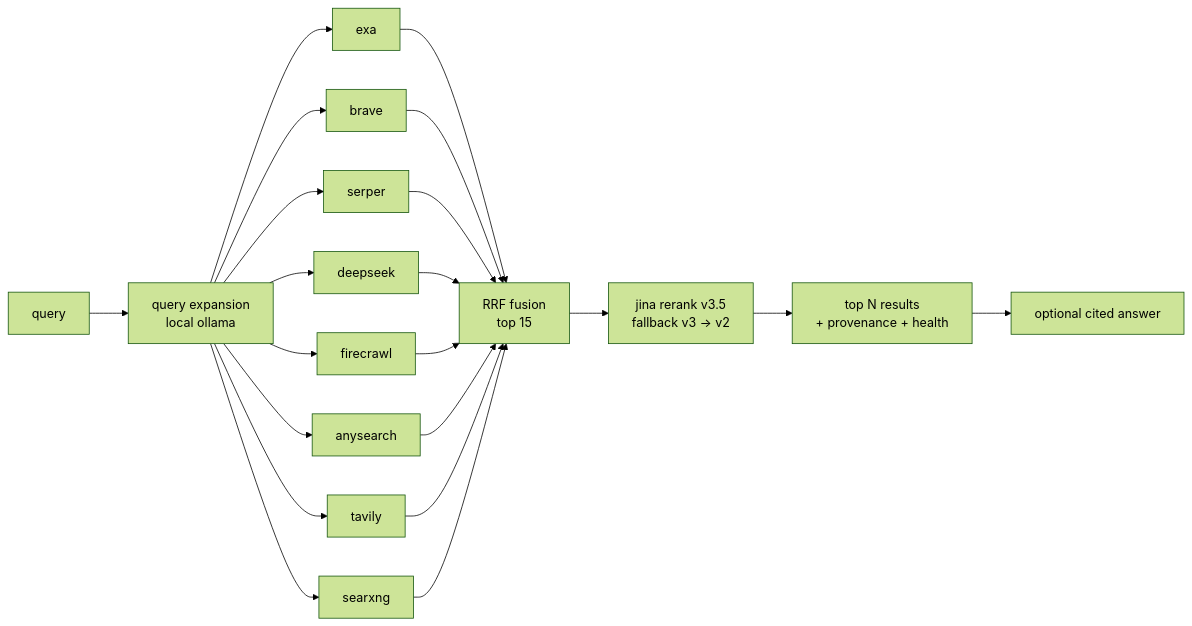
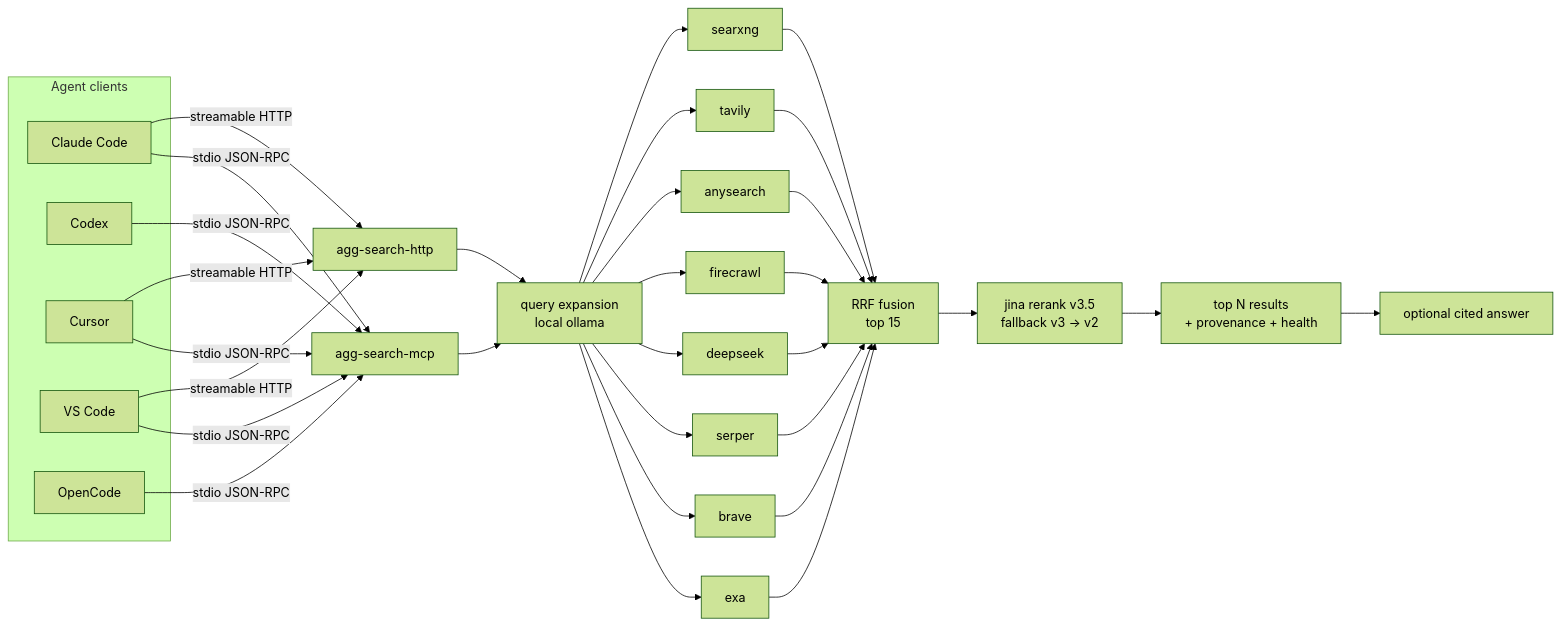
The diagram in README.md (TsukimioRinka/agg-search), drawn with Mermaid (forest theme) before and after one commit. The commit also changed other lines of this file and 3 other files, not shown here.

````diff
--- a/README.md
+++ b/README.md
@@ -29,16 +30,26 @@
 ```mermaid
 flowchart LR
-  Q[query] --> X[query expansion<br/>local ollama]
-  X --> A[exa]
-  X --> B[brave]
-  X --> C[serper]
-  X --> D[deepseek]
-  X --> E[firecrawl]
-  X --> F[anysearch]
-  X --> G[tavily]
-  X --> H[searxng]
-  A & B & C & D & E & F & G & H --> R[RRF fusion<br/>top 15]
+  subgraph clients[Agent clients]
+    CC[Claude Code]
+    CX[Codex]
+    CU[Cursor]
+    VS[VS Code]
+    OC[OpenCode]
+  end
+  CC & CX & CU & VS & OC -->|stdio JSON-RPC| M[agg-search-mcp]
+  CC & CU & VS -->|streamable HTTP| H[agg-search-http]
+  M --> Q
+  H --> Q[query expansion<br/>local ollama]
+  Q --> A[exa]
+  Q --> B[brave]
+  Q --> C[serper]
+  Q --> D[deepseek]
+  Q --> E[firecrawl]
+  Q --> F[anysearch]
+  Q --> G[tavily]
+  Q --> Hh[searxng]
+  A & B & C & D & E & F & G & Hh --> R[RRF fusion<br/>top 15]
   R --> J[jina rerank v3.5<br/>fallback v3 → v2]
   J --> O[top N results<br/>+ provenance + health]
   O --> AN[optional cited answer]
 ```
````
